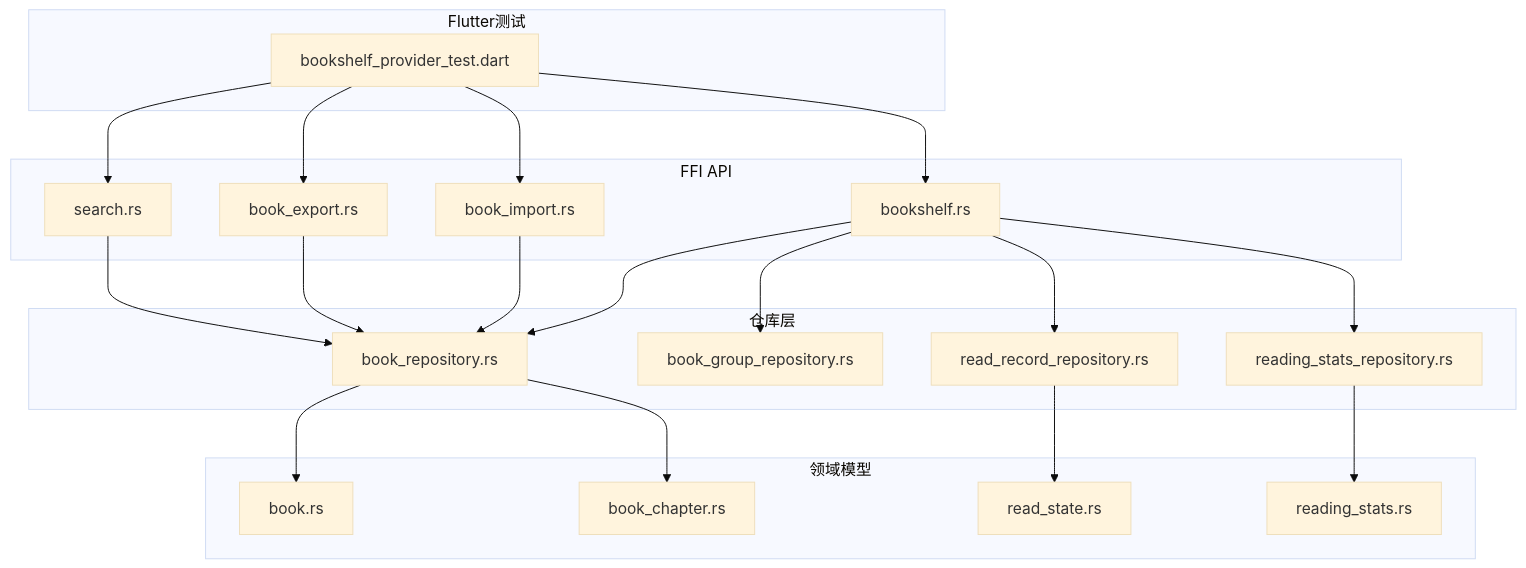
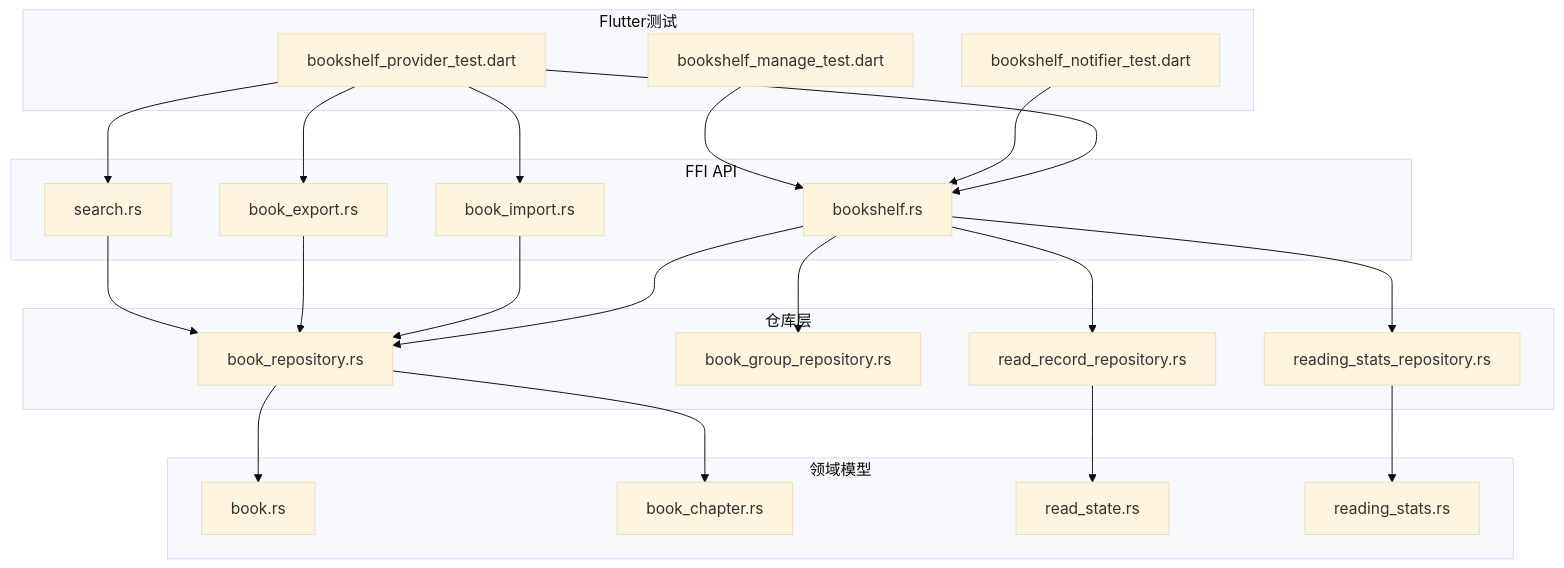
The first of 8 diagrams in .qoder/repowiki/zh/content/Flutter跨平台应用/状态管理/书架Provider/书架Provider.md (ZhangGHGitHub/LegadoTeamFlutter), drawn with Mermaid (base theme) before and after one commit. The commit also changed other lines of this file and 173 other files, not shown here.

````diff
--- a/.qoder/repowiki/zh/content/Flutter跨平台应用/状态管理/书架Provider/书架Provider.md
+++ b/.qoder/repowiki/zh/content/Flutter跨平台应用/状态管理/书架Provider/书架Provider.md
@@ -43,39 +54,43 @@
 ```mermaid
 graph TB
 subgraph "Flutter测试"
 T["bookshelf_provider_test.dart"]
+TN["bookshelf_notifier_test.dart"]
+TM["bookshelf_manage_test.dart"]
 end
 subgraph "FFI API"
 A1["bookshelf.rs"]
 A2["book_import.rs"]
 A3["book_export.rs"]
 A4["search.rs"]
 end
 subgraph "仓库层"
 R1["book_repository.rs"]
 R2["book_group_repository.rs"]
 R3["read_record_repository.rs"]
 R4["reading_stats_repository.rs"]
 end
 subgraph "领域模型"
 M1["book.rs"]
 M2["book_chapter.rs"]
 M3["read_state.rs"]
 M4["reading_stats.rs"]
 end
 T --> A1
+TN --> A1
+TM --> A1
 T --> A2
 T --> A3
 T --> A4
 A1 --> R1
 A1 --> R2
 A1 --> R3
 A1 --> R4
 A2 --> R1
 A3 --> R1
 A4 --> R1
 R1 --> M1
 R1 --> M2
 R3 --> M3
 R4 --> M4
 ```
````
